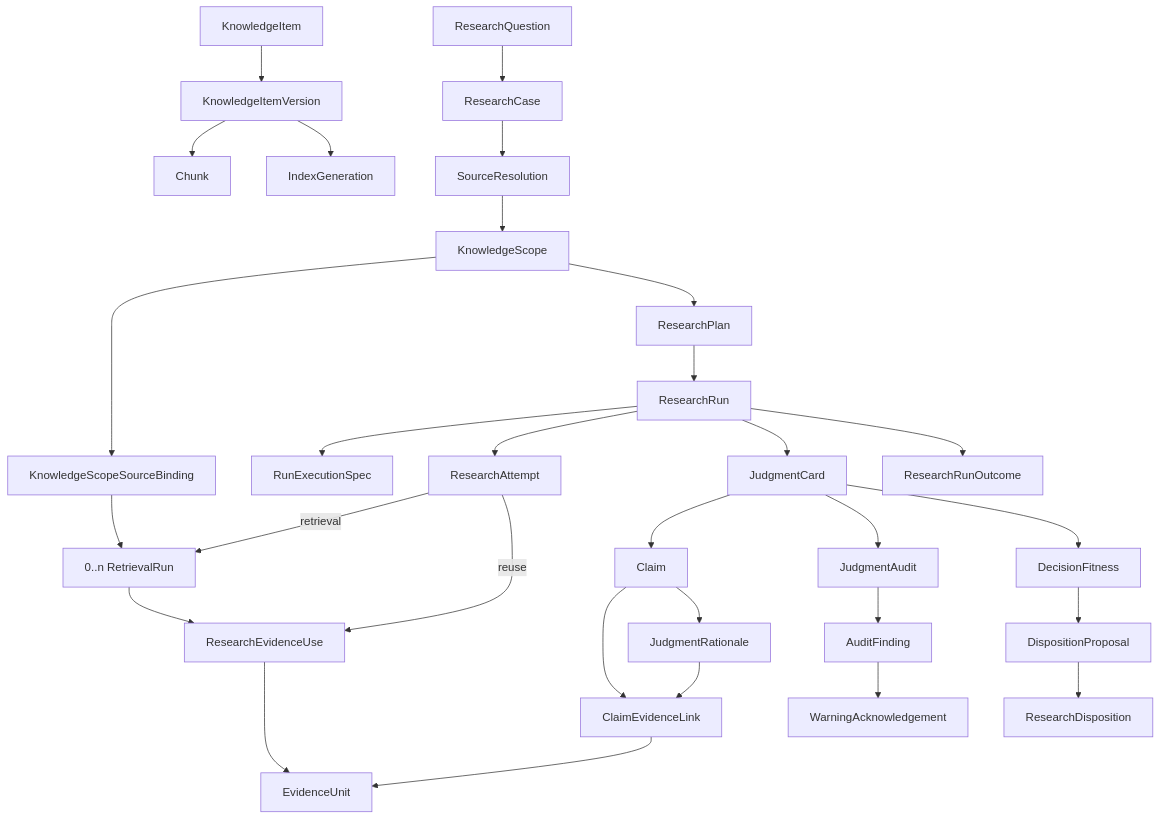
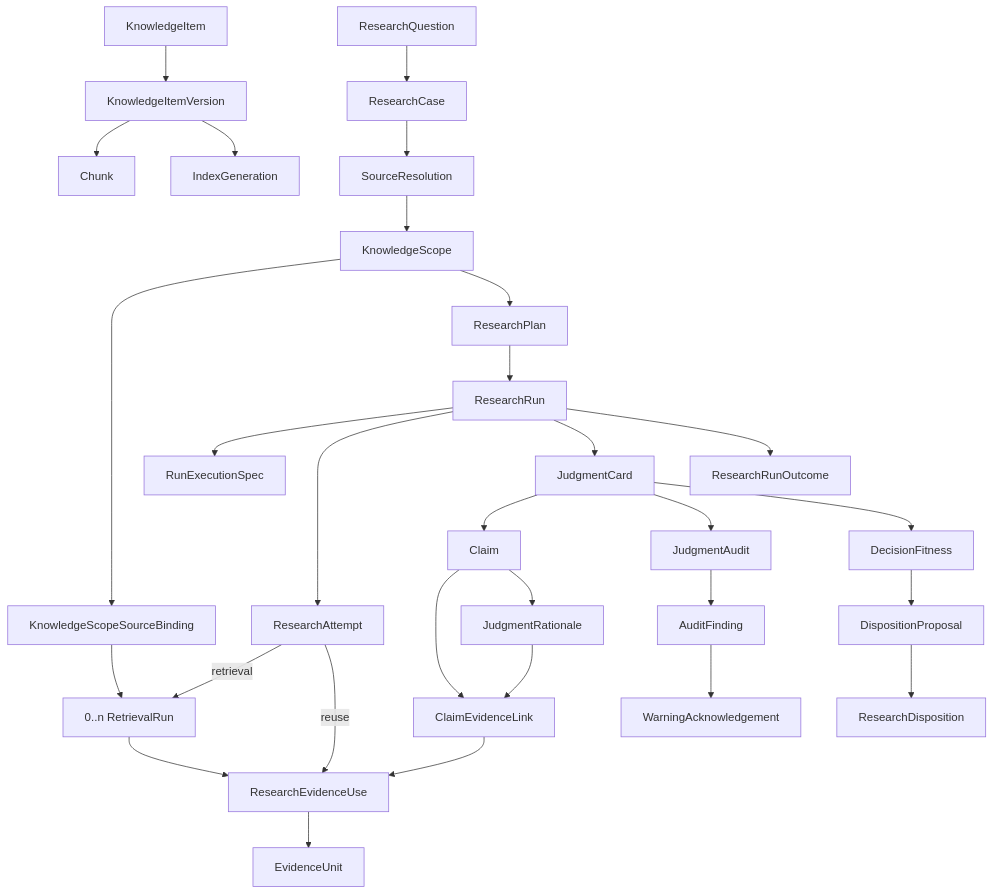
The first of 4 diagrams in docs/DOMAIN_MODEL.md (baijianqing/yantie-history), drawn with Mermaid before and after one commit. The commit also changed other lines of this file, not shown here.

````diff
--- a/docs/DOMAIN_MODEL.md
+++ b/docs/DOMAIN_MODEL.md
@@ -723,33 +731,33 @@
 ```mermaid
 flowchart TB
     KI[KnowledgeItem] --> KIV[KnowledgeItemVersion]
     KIV --> CH[Chunk]
     KIV --> IG[IndexGeneration]
 
     RQ[ResearchQuestion] --> RC[ResearchCase]
     RC --> SR[SourceResolution]
     SR --> KS[KnowledgeScope]
     KS --> KSB[KnowledgeScopeSourceBinding]
     KS --> RP[ResearchPlan]
     RP --> RUN[ResearchRun]
     RUN --> SPEC[RunExecutionSpec]
     RUN --> ATT[ResearchAttempt]
     ATT -->|retrieval| RET[0..n RetrievalRun]
     KSB --> RET
     ATT -->|reuse| REU[ResearchEvidenceUse]
     RET --> REU
     REU --> EU[EvidenceUnit]
     RUN --> JC[JudgmentCard]
     JC --> CL[Claim]
     CL --> CEL[ClaimEvidenceLink]
-    CEL --> EU
+    CEL --> REU
     CL --> RAT[JudgmentRationale]
     RAT --> CEL
     JC --> JA[JudgmentAudit]
     JA --> AF[AuditFinding]
     AF --> WA[WarningAcknowledgement]
     JC --> DF[DecisionFitness]
     DF --> DP[DispositionProposal]
     DP --> RD[ResearchDisposition]
     RUN --> OUT[ResearchRunOutcome]
 ```
````
